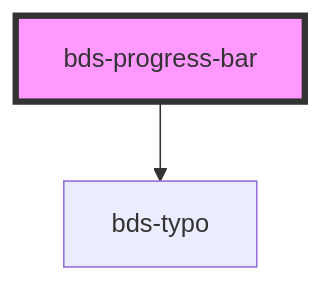
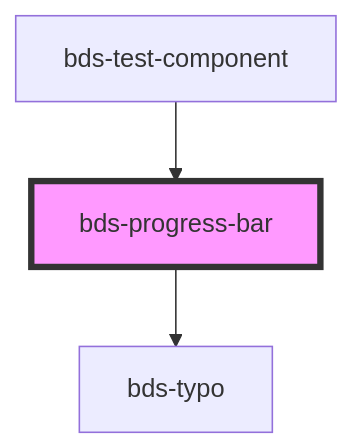
Before and after one commit to takenet/blip-ds: the diagram in src/components/progress-bar/readme.md, drawn with Mermaid. The commit also changed other lines of this file and 73 other files, not shown here.

````diff
--- a/src/components/progress-bar/readme.md
+++ b/src/components/progress-bar/readme.md
@@ -25,5 +29,6 @@
 ```mermaid
 graph TD;
   bds-progress-bar --> bds-typo
+  bds-test-component --> bds-progress-bar
   style bds-progress-bar fill:#f9f,stroke:#333,stroke-width:4px
 ```
````
